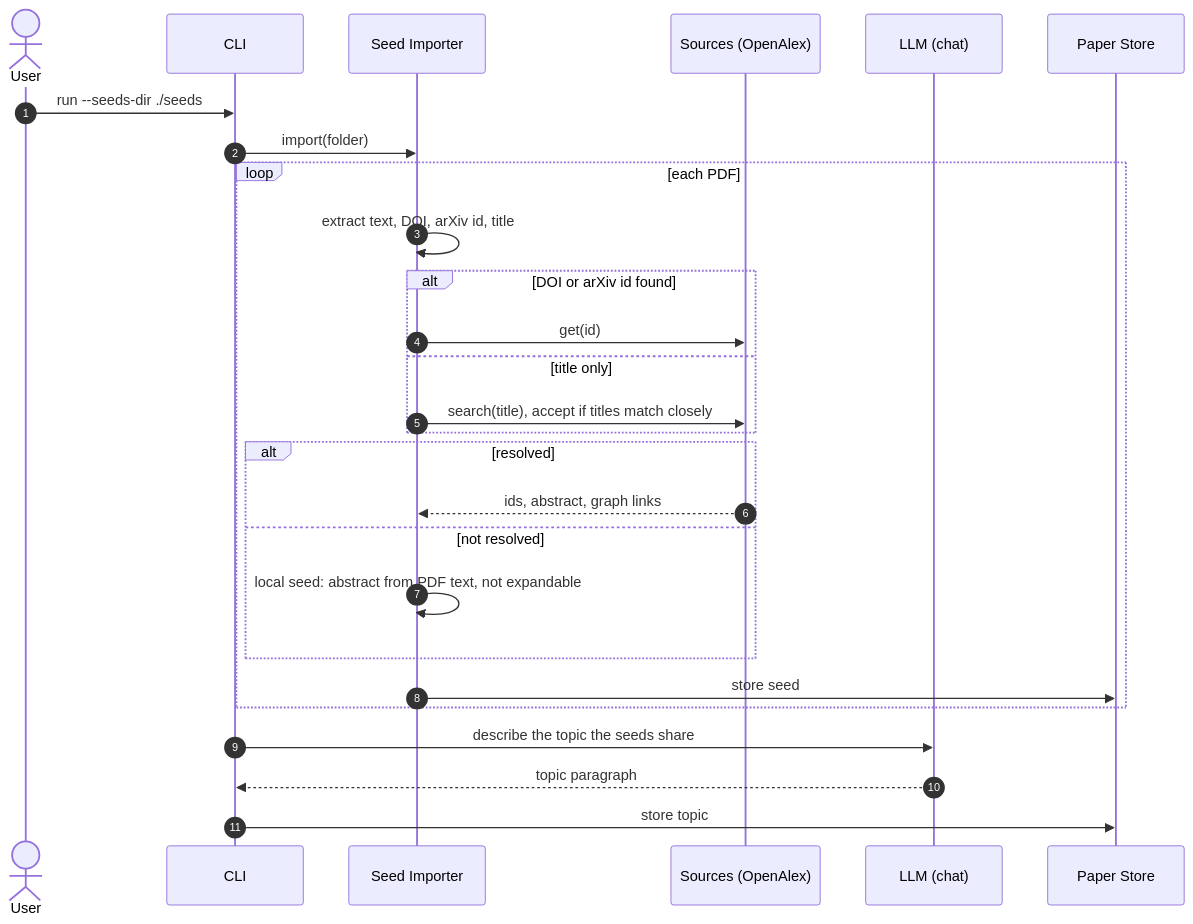
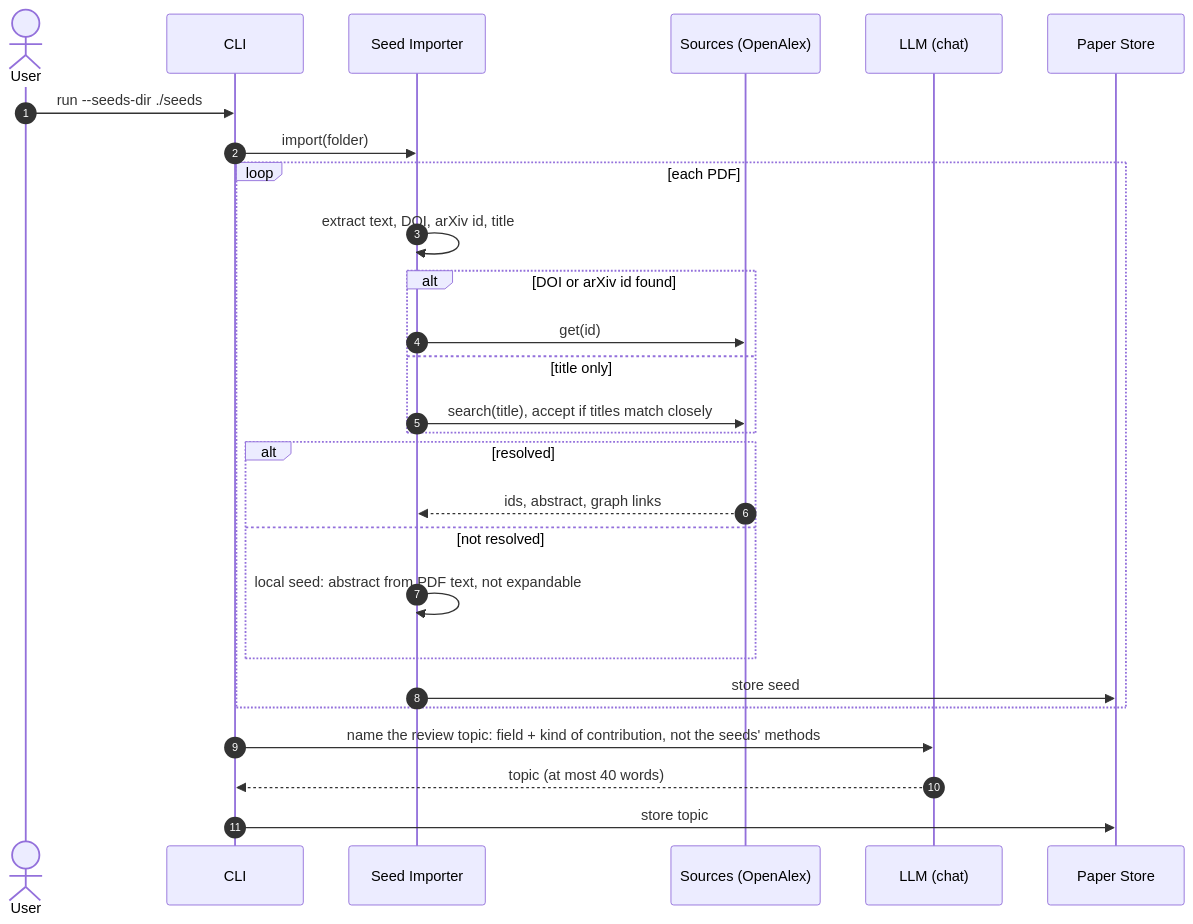
The second of 6 diagrams in docs/sequence-diagrams.md (soorimess/litscout), drawn with Mermaid before and after one commit. The commit also changed other lines of this file and 15 other files, not shown here.

First line of the commit message:
GitHub repositories as grey literature; field-level topic and criteria from seeds

````diff
--- a/docs/sequence-diagrams.md
+++ b/docs/sequence-diagrams.md
@@ -39,30 +39,30 @@
 ```mermaid
 sequenceDiagram
     autonumber
     actor User
     participant CLI
     participant SI as Seed Importer
     participant SRC as Sources (OpenAlex)
     participant LLM as LLM (chat)
     participant DB as Paper Store
 
     User->>CLI: run --seeds-dir ./seeds
     CLI->>SI: import(folder)
     loop each PDF
         SI->>SI: extract text, DOI, arXiv id, title
         alt DOI or arXiv id found
             SI->>SRC: get(id)
         else title only
             SI->>SRC: search(title), accept if titles match closely
         end
         alt resolved
             SRC-->>SI: ids, abstract, graph links
         else not resolved
             SI->>SI: local seed: abstract from PDF text, not expandable
         end
         SI->>DB: store seed
     end
-    CLI->>LLM: describe the topic the seeds share
-    LLM-->>CLI: topic paragraph
+    CLI->>LLM: name the review topic: field + kind of contribution, not the seeds' methods
+    LLM-->>CLI: topic (at most 40 words)
     CLI->>DB: store topic
 ```
````
